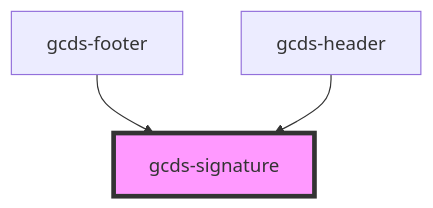
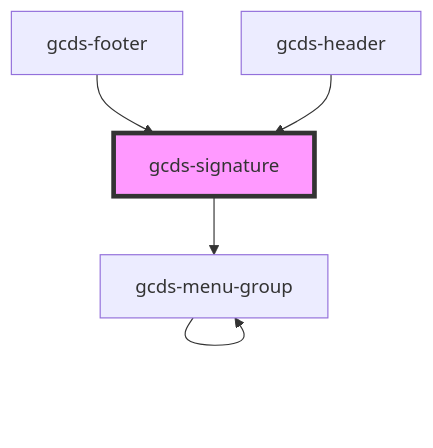
The diagram in packages/web/src/components/gcds-signature/readme.md (cds-snc/gcds-components), drawn with Mermaid before and after one commit. The commit also changed other lines of this file and 37 other files, not shown here.

````diff
--- a/packages/web/src/components/gcds-signature/readme.md
+++ b/packages/web/src/components/gcds-signature/readme.md
@@ -25,6 +29,8 @@
 ```mermaid
 graph TD;
+  gcds-signature --> gcds-menu-group
+  gcds-menu-group --> gcds-menu-group
   gcds-footer --> gcds-signature
   gcds-header --> gcds-signature
   style gcds-signature fill:#f9f,stroke:#333,stroke-width:4px
 ```
````
